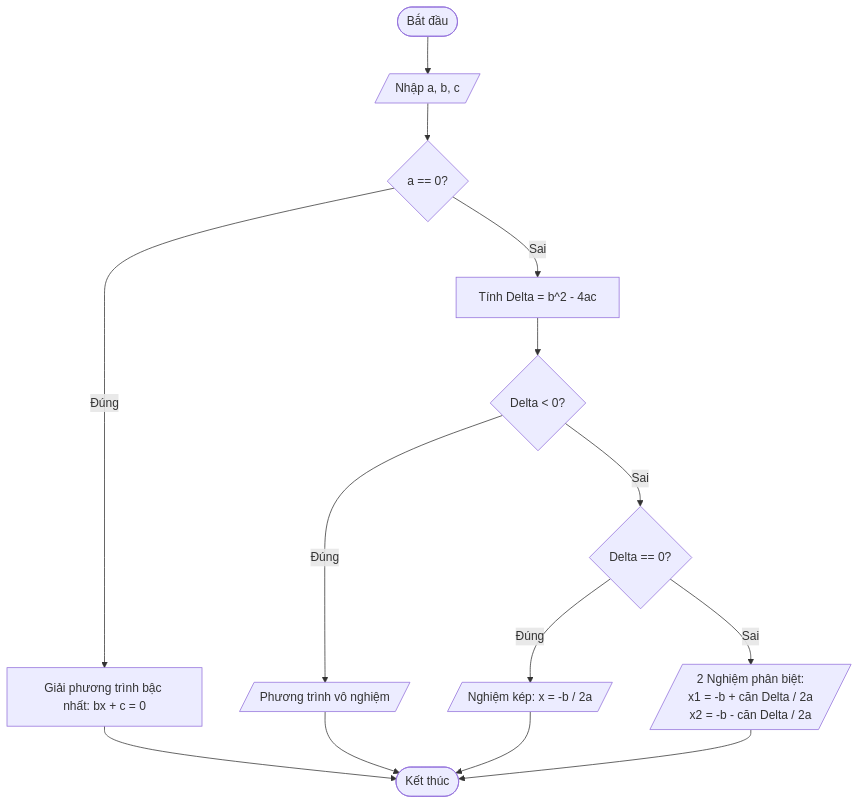
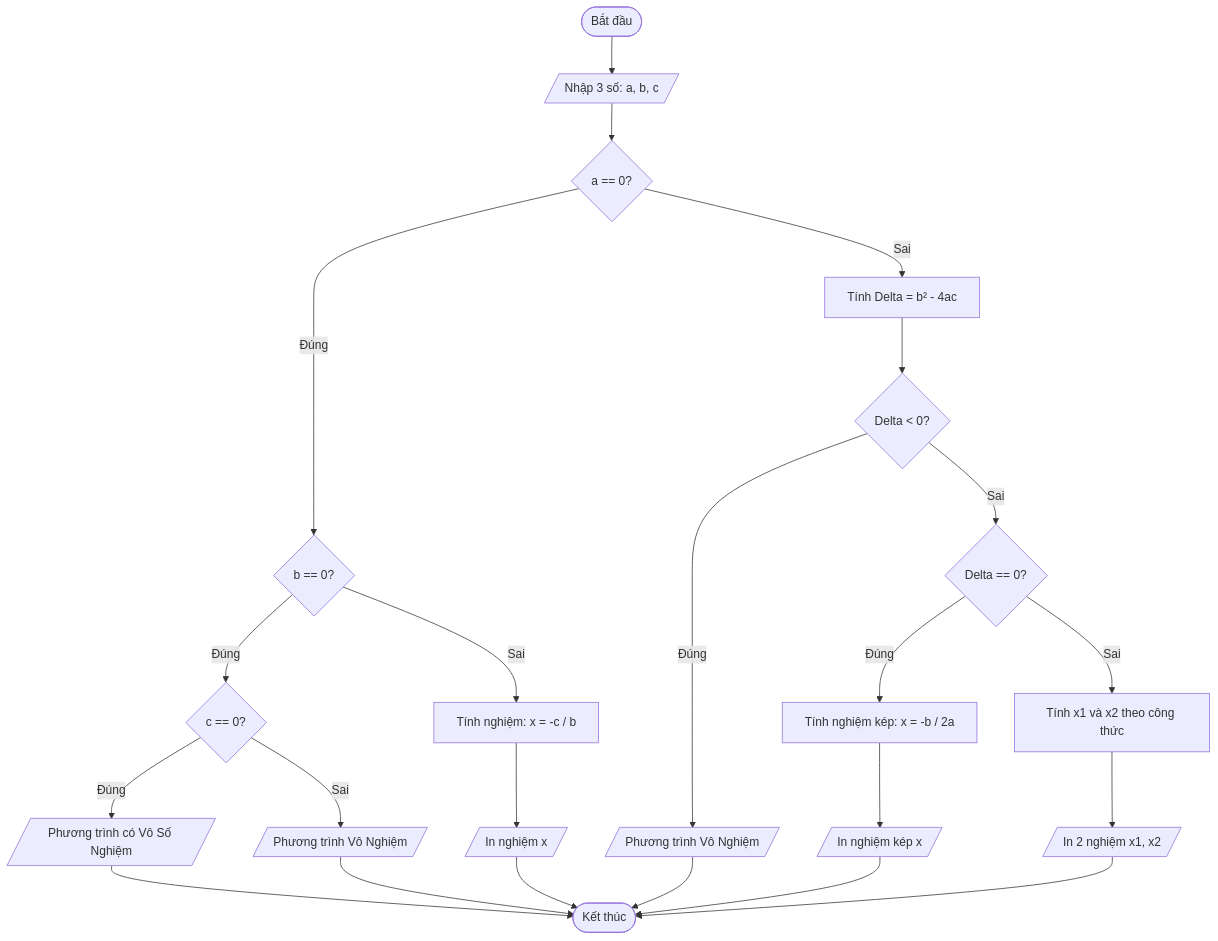
Before and after one commit to trang116974-cell/bai-thuc-hanh-01: the first of 4 diagrams in README.md, drawn with Mermaid. The commit also changed other lines of this file, not shown here.

````diff
--- a/README.md
+++ b/README.md
@@ -3,24 +5,28 @@
 ```mermaid
-flowchart TD
-    Start([Bắt đầu]) --> Input[/Nhập a, b, c/]
-    Input --> CondA{a == 0?}
+graph TD
+    Start([Bắt đầu]) --> Nhap[/Nhập 3 số: a, b, c/]
+    Nhap --> KiemTraA{a == 0?}
     
-    %% Nhánh a == 0
-    CondA -- Đúng --> PtBac1[Giải phương trình bậc nhất: bx + c = 0]
-    PtBac1 --> End([Kết thúc])
+    %% Nếu a = 0, trở thành pt bậc 1: bx + c = 0
+    KiemTraA -- Đúng --> KiemTraB{b == 0?}
+    KiemTraB -- Đúng --> KiemTraC{c == 0?}
+    KiemTraC -- Đúng --> VSN[/Phương trình có Vô Số Nghiệm/]
+    KiemTraC -- Sai --> VN1[/Phương trình Vô Nghiệm/]
+    KiemTraB -- Sai --> PtBac1[Tính nghiệm: x = -c / b] --> InX1[/In nghiệm x/]
     
-    %% Nhánh a != 0
-    CondA -- Sai --> CalcDelta[Tính Delta = b^2 - 4ac]
-    CalcDelta --> CondDelta{Delta < 0?}
+    %% Nếu a != 0, giải phương trình bậc 2 thông thường
+    KiemTraA -- Sai --> TinhDelta[Tính Delta = b² - 4ac]
+    TinhDelta --> KiemTraDelta{Delta < 0?}
+    KiemTraDelta -- Đúng --> VN2[/Phương trình Vô Nghiệm/]
+    KiemTraDelta -- Sai --> DeltaBang0{Delta == 0?}
     
-    CondDelta -- Đúng --> TxtVN[/Phương trình vô nghiệm/]
-    TxtVN --> End
+    DeltaBang0 -- Đúng --> TinhNghiemKep[Tính nghiệm kép: x = -b / 2a] --> InKep[/In nghiệm kép x/]
+    DeltaBang0 -- Sai --> Tinh2Nghiem[Tính x1 và x2 theo công thức] --> In2Nghiem[/In 2 nghiệm x1, x2/]
     
-    CondDelta -- Sai --> CondDeltaZero{Delta == 0?}
-    
-    CondDeltaZero -- Đúng --> TxtNK[/Nghiệm kép: x = -b / 2a/]
-    TxtNK --> End
-    
-    CondDeltaZero -- Sai --> Txt2N[/2 Nghiệm phân biệt:<br>x1 = -b + căn Delta / 2a<br>x2 = -b - căn Delta / 2a/]
-    Txt2N --> End
+    VSN --> End([Kết thúc])
+    VN1 --> End
+    InX1 --> End
+    VN2 --> End
+    InKep --> End
+    In2Nghiem --> End
 ```
````
